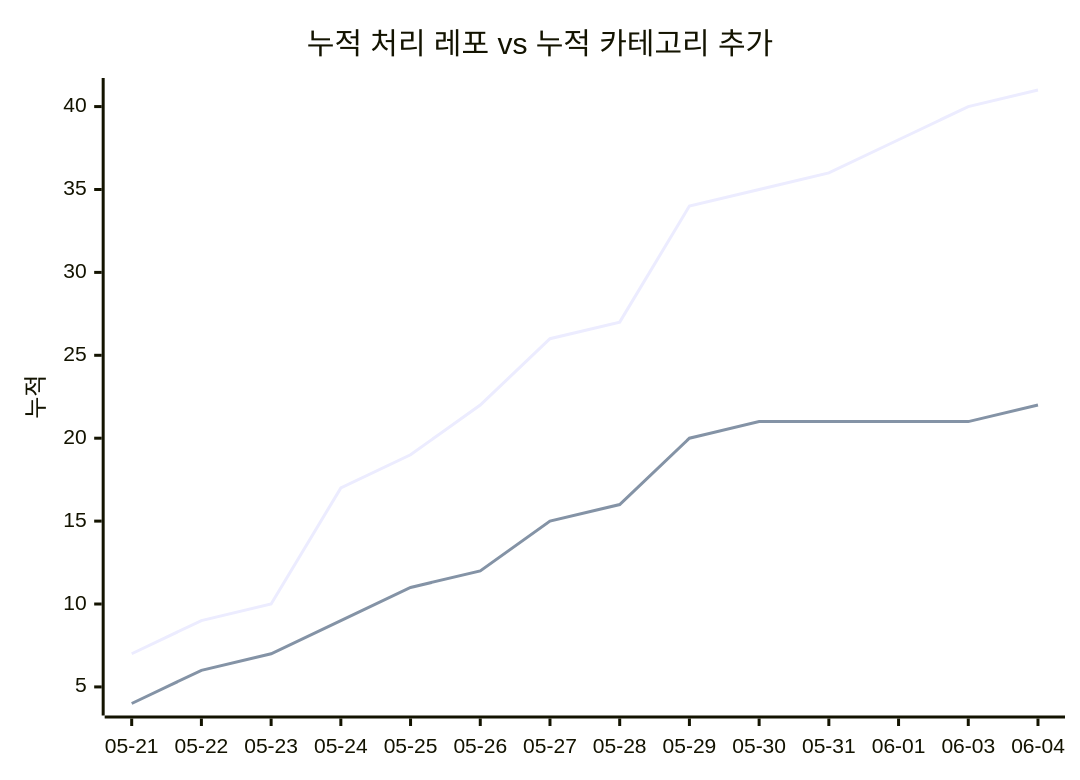
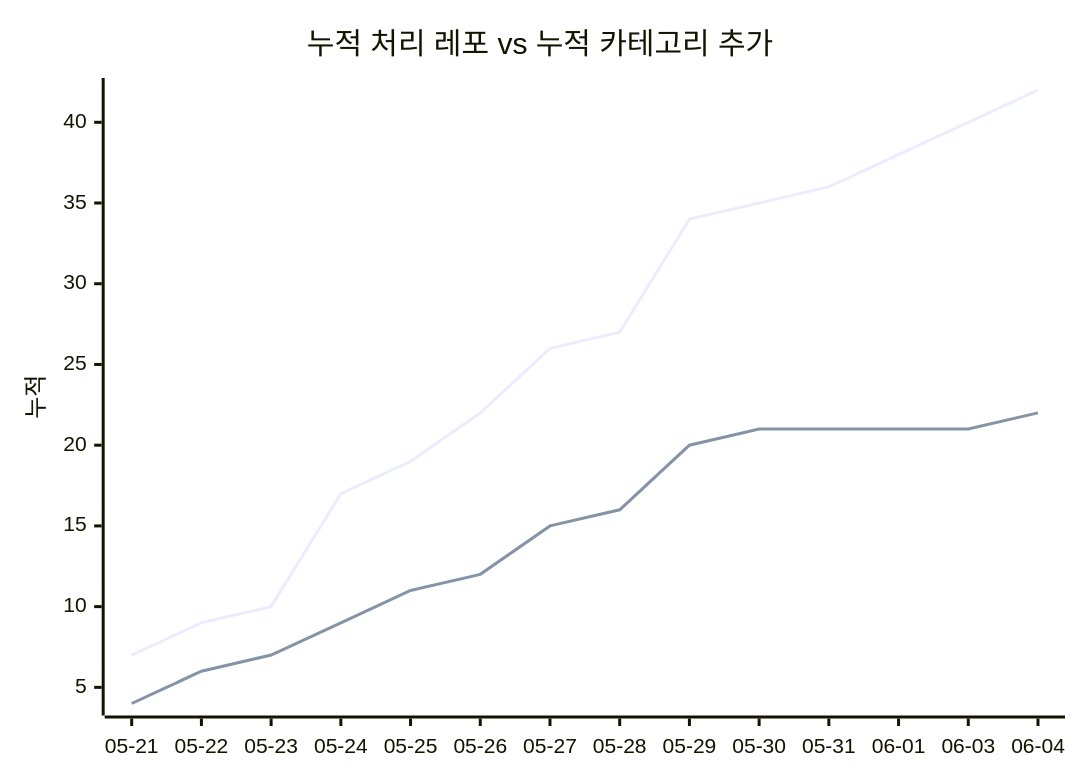
The second of 2 diagrams in docs/trends.md (J-nowcow/awesome-korean-agent-skills), drawn with Mermaid before and after one commit. The commit also changed other lines of this file and 2 other files, not shown here.

````diff
--- a/docs/trends.md
+++ b/docs/trends.md
@@ -68,8 +68,8 @@
 ```mermaid
 xychart-beta
     title "누적 처리 레포 vs 누적 카테고리 추가"
     x-axis ["05-21","05-22","05-23","05-24","05-25","05-26","05-27","05-28","05-29","05-30","05-31","06-01","06-03","06-04"]
     y-axis "누적"
-    line [7,9,10,17,19,22,26,27,34,35,36,38,40,41]
+    line [7,9,10,17,19,22,26,27,34,35,36,38,40,42]
     line [4,6,7,9,11,12,15,16,20,21,21,21,21,22]
 ```
````
